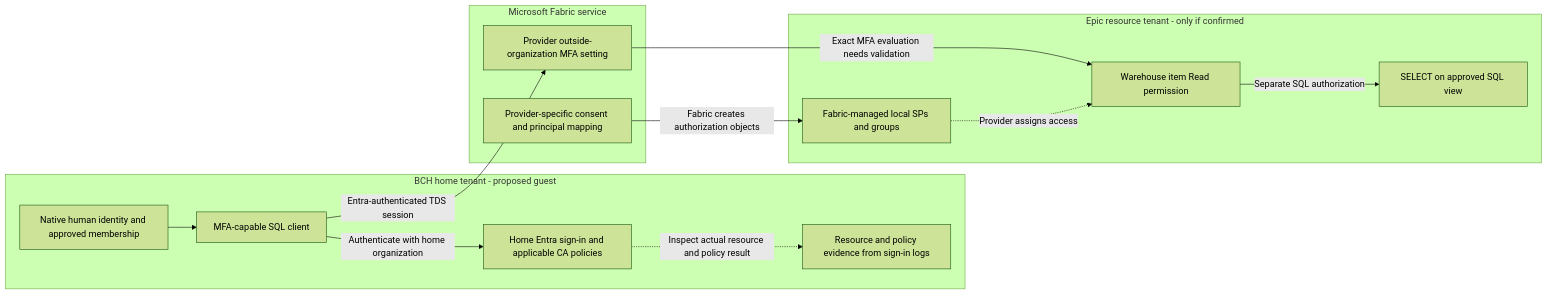
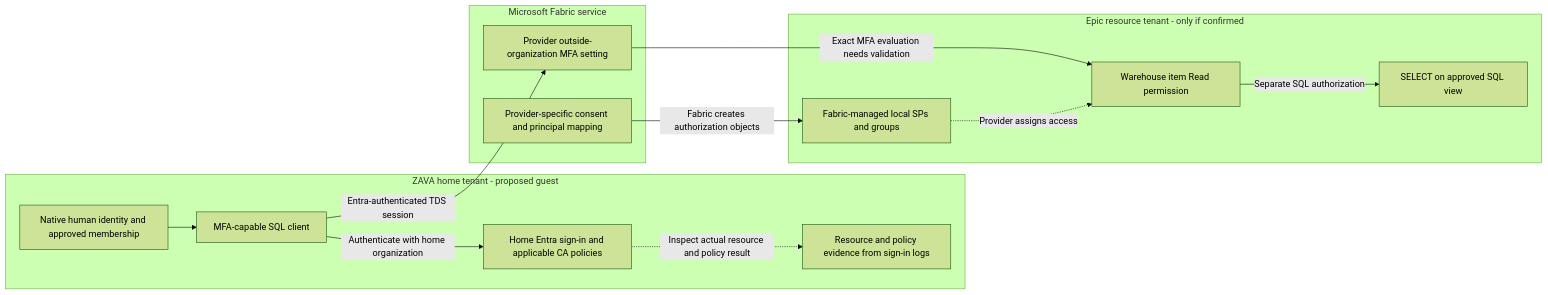
Before and after one commit to kprpg/Fabric-Cogito: the diagram in Cross-Tenant-Authorization-and-MFA.md, drawn with Mermaid (forest theme). The commit also changed other lines of this file and 13 other files, not shown here.

Commit message:
Update documentation and images for cross-tenant architecture: replace with ZAVA, revise related content, and ensure consistency across all files.

````diff
--- a/Cross-Tenant-Authorization-and-MFA.md
+++ b/Cross-Tenant-Authorization-and-MFA.md
@@ -92,27 +92,27 @@
 ```mermaid
 flowchart LR
-    subgraph mfaHome["BCH home tenant - proposed guest"]
+    subgraph mfaHome["ZAVA home tenant - proposed guest"]
         mfaUser["Native human identity and approved membership"]
         mfaCa["Home Entra sign-in and applicable CA policies"]
         mfaClient["MFA-capable SQL client"]
         mfaEvidence["Resource and policy evidence from sign-in logs"]
     end
     subgraph mfaFabric["Microsoft Fabric service"]
         mfaRelationship["Provider-specific consent and principal mapping"]
         mfaGate["Provider outside-organization MFA setting"]
     end
     subgraph mfaProvider["Epic resource tenant - only if confirmed"]
         mfaProxy["Fabric-managed local SPs and groups"]
         mfaItem["Warehouse item Read permission"]
         mfaView["SELECT on approved SQL view"]
     end
 
     mfaUser --> mfaClient
     mfaClient -->|"Authenticate with home organization"| mfaCa
     mfaCa -.->|"Inspect actual resource and policy result"| mfaEvidence
     mfaClient -->|"Entra-authenticated TDS session"| mfaGate
     mfaRelationship -->|"Fabric creates authorization objects"| mfaProxy
     mfaGate -->|"Exact MFA evaluation needs validation"| mfaItem
     mfaProxy -.->|"Provider assigns access"| mfaItem
     mfaItem -->|"Separate SQL authorization"| mfaView
 ```
````
